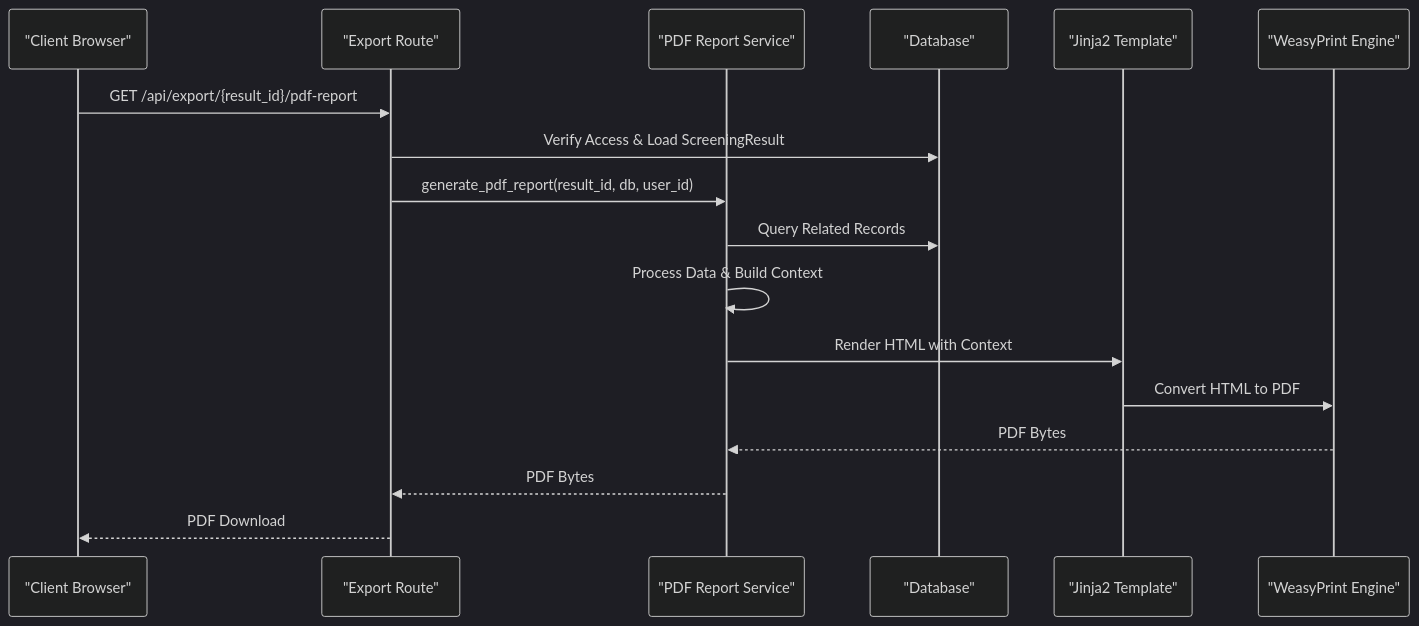
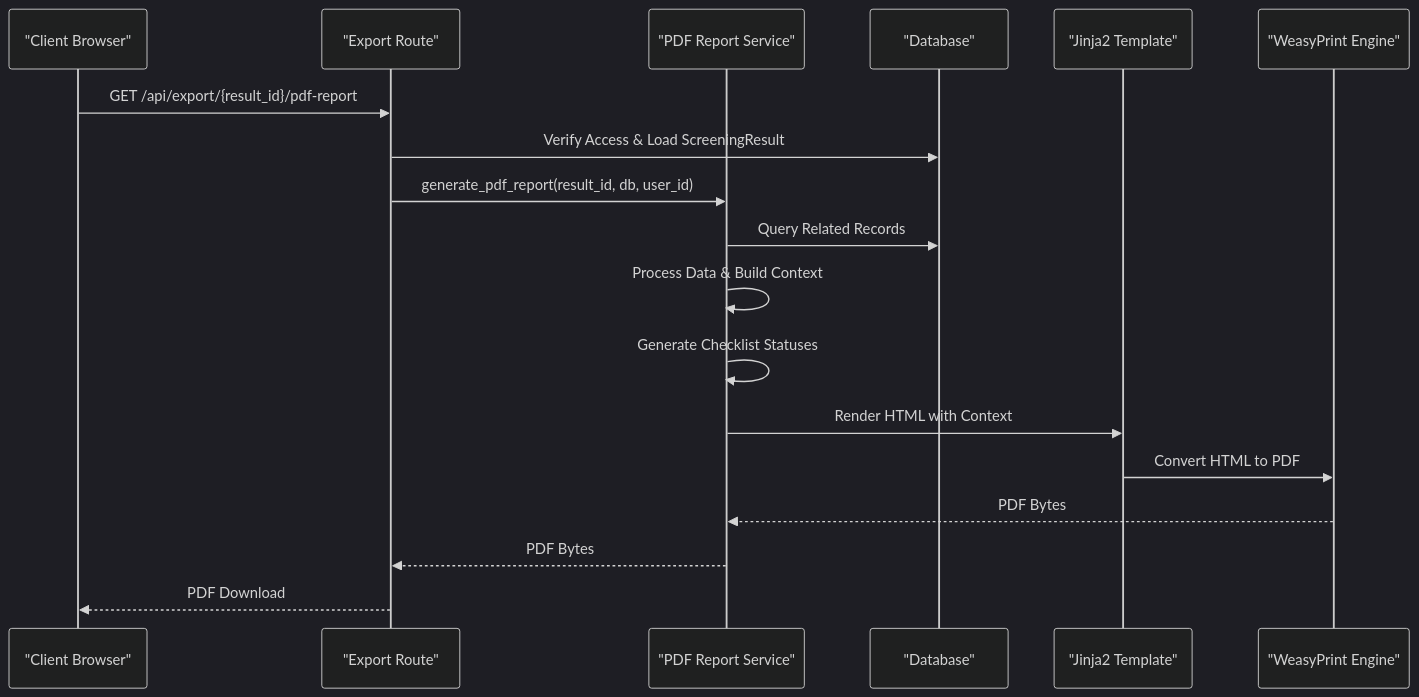
One commit to Revanththetalogics/aireume changed the fourth of 11 diagrams in .qoder/repowiki/en/content/Reporting & Analytics/PDF Reporting and Document Processing.md. Above: the diagram before and after it, drawn with Mermaid (dark theme). The commit also changed other lines of this file and 61 other files, not shown here.

````diff
--- a/.qoder/repowiki/en/content/Reporting & Analytics/PDF Reporting and Document Processing.md
+++ b/.qoder/repowiki/en/content/Reporting & Analytics/PDF Reporting and Document Processing.md
@@ -184,19 +195,20 @@
 ```mermaid
 sequenceDiagram
 participant Client as "Client Browser"
 participant API as "Export Route"
 participant Service as "PDF Report Service"
 participant DB as "Database"
 participant Template as "Jinja2 Template"
 participant WeasyPrint as "WeasyPrint Engine"
 Client->>API : GET /api/export/{result_id}/pdf-report
 API->>DB : Verify Access & Load ScreeningResult
 API->>Service : generate_pdf_report(result_id, db, user_id)
 Service->>DB : Query Related Records
 Service->>Service : Process Data & Build Context
+Service->>Service : Generate Checklist Statuses
 Service->>Template : Render HTML with Context
 Template->>WeasyPrint : Convert HTML to PDF
 WeasyPrint-->>Service : PDF Bytes
 Service-->>API : PDF Bytes
 API-->>Client : PDF Download
 ```
````
